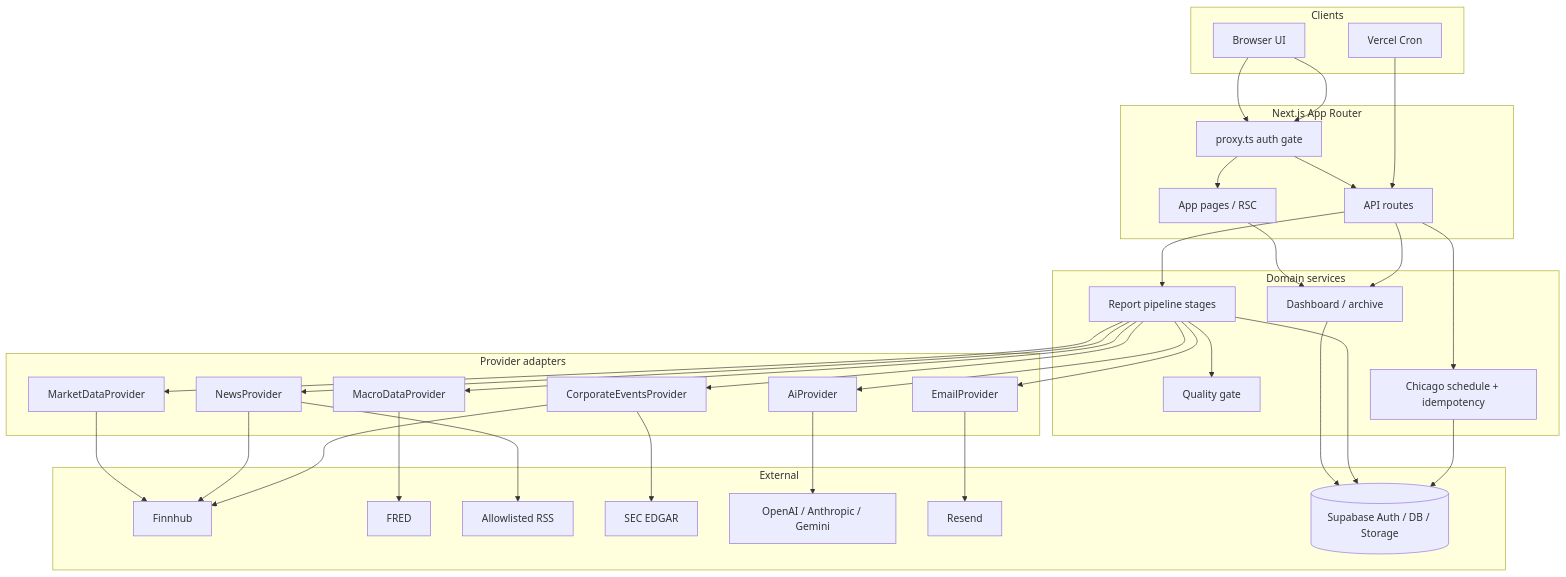
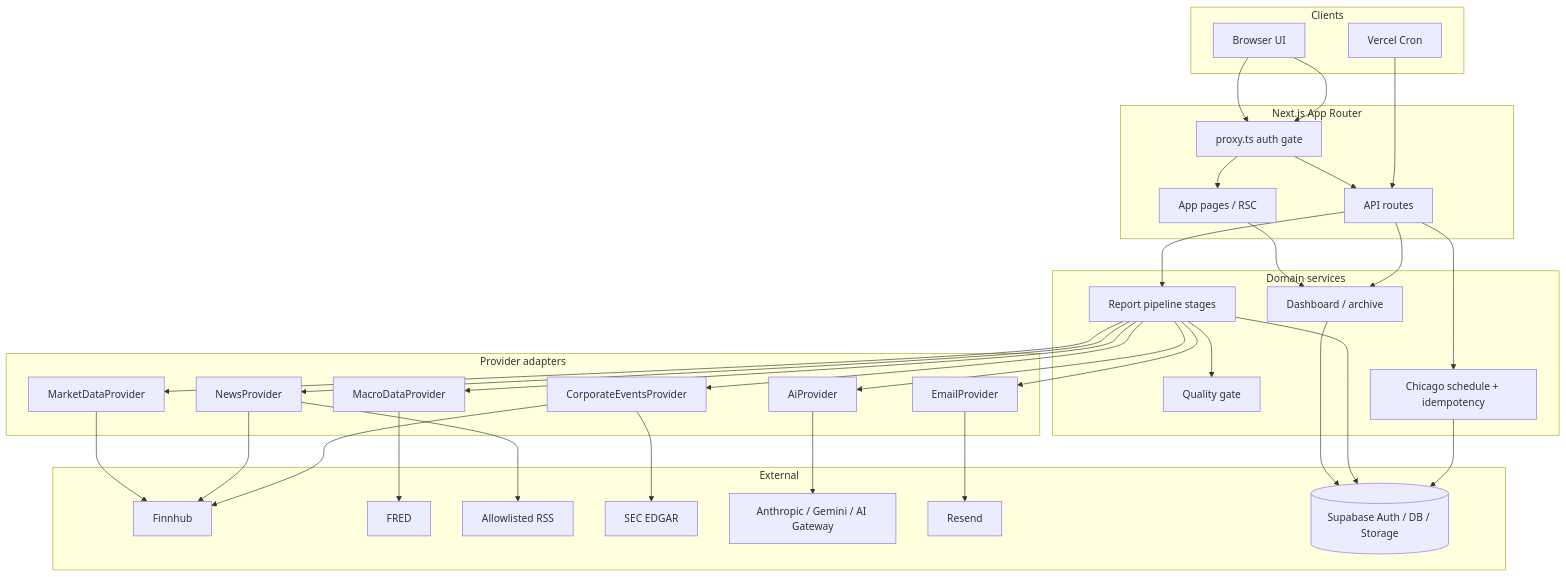
The diagram in docs/architecture.md (ian-benge/MarketData), drawn with Mermaid before and after one commit. The commit also changed other lines of this file and 91 other files, not shown here.

Commit message:
Ship Overview as a live tape plus pulse history, finish scanner and positions workspaces, and drop OpenAI from the LLM path.

````diff
--- a/docs/architecture.md
+++ b/docs/architecture.md
@@ -19,60 +19,60 @@
 ```mermaid
 flowchart TB
   subgraph clients [Clients]
     Browser[Browser UI]
     Cron[Vercel Cron]
   end
 
   subgraph edge [Next.js App Router]
     Pages[App pages / RSC]
     API[API routes]
     Proxy[proxy.ts auth gate]
   end
 
   subgraph domain [Domain services]
     Dash[Dashboard / archive]
     Pipe[Report pipeline stages]
     QG[Quality gate]
     Sched[Chicago schedule + idempotency]
   end
 
   subgraph providers [Provider adapters]
     Mkt[MarketDataProvider]
     News[NewsProvider]
     Macro[MacroDataProvider]
     Corp[CorporateEventsProvider]
     AI[AiProvider]
     Mail[EmailProvider]
   end
 
   subgraph external [External]
     FH[Finnhub]
     FRED[FRED]
     RSS[Allowlisted RSS]
     EDGAR[SEC EDGAR]
-    LLM[OpenAI / Anthropic / Gemini]
+    LLM[Anthropic / Gemini / AI Gateway]
     Resend[Resend]
     SB[(Supabase Auth / DB / Storage)]
   end
 
   Browser --> Proxy --> Pages
   Browser --> Proxy --> API
   Cron --> API
   Pages --> Dash
   API --> Dash
   API --> Pipe
   API --> Sched
   Pipe --> Mkt & News & Macro & Corp & AI & Mail
   Pipe --> QG
   Mkt --> FH
   News --> FH
   News --> RSS
   Macro --> FRED
   Corp --> EDGAR
   Corp --> FH
   AI --> LLM
   Mail --> Resend
   Dash --> SB
   Pipe --> SB
   Sched --> SB
 ```
````
